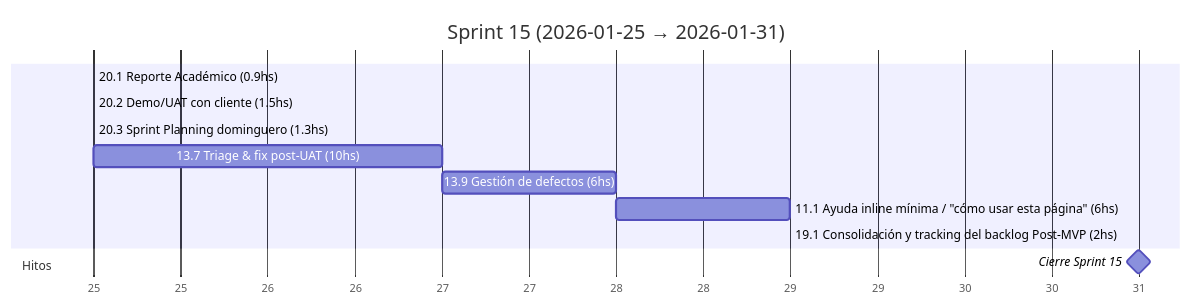
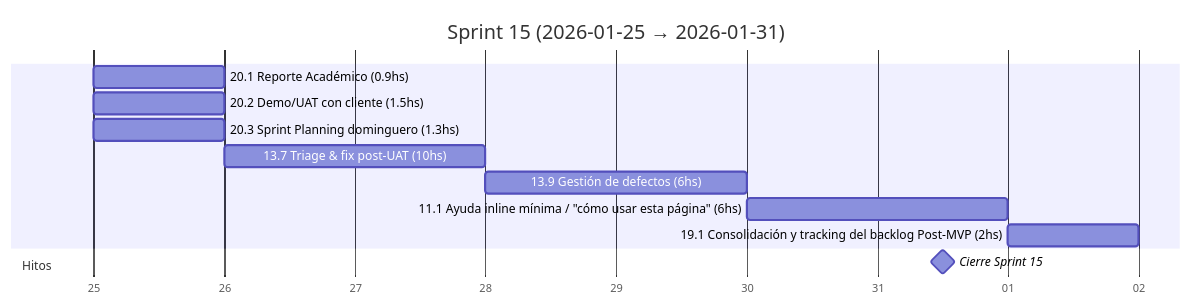
One commit to MarkMed/FleetMan changed diagram 16 of 18 in docs/SprintsGantts.md. Above: the diagram before and after it, drawn with Mermaid. The commit also changed other lines of this file, not shown here.

````diff
--- a/docs/SprintsGantts.md
+++ b/docs/SprintsGantts.md
@@ -388,19 +388,19 @@
 ```mermaid
 gantt
   title Sprint 15 (2026-01-25 → 2026-01-31)
   dateFormat  YYYY-MM-DD
   axisFormat  %d
 
   %% Asumimos 5 h/día. Horas estimadas incluidas en el nombre.
 
-  20.1 Reporte Académico (0.9hs)               :t201, 2026-01-25, 0.2d
-  20.2 Demo/UAT con cliente (1.5hs)            :t202, after t201, 0.3d
-  20.3 Sprint Planning dominguero (1.3hs)      :t203, after t202, 0.3d
+  20.1 Reporte Académico (0.9hs)               :t201, 2026-01-25, 1d
+  20.2 Demo/UAT con cliente (1.5hs)            :t202, 2026-01-25, 1d
+  20.3 Sprint Planning dominguero (1.3hs)      :t203, 2026-01-25, 1d
   13.7 Triage & fix post-UAT (10hs)            :t137, after t203, 2d
-  13.9 Gestión de defectos (6hs)               :t139, after t137, 1.2d
-  11.1 Ayuda inline mínima / "cómo usar esta página" (6hs) :t111, after t139, 1.2d
-  19.1 Consolidación y tracking del backlog Post-MVP (2hs) :t191, after t111, 0.4d
+  13.9 Gestión de defectos (6hs)               :t139, after t137, 2d
+  11.1 Ayuda inline mínima / "cómo usar esta página" (6hs) :t111, after t139, 2d
+  19.1 Consolidación y tracking del backlog Post-MVP (2hs) :t191, after t111, 1d
 
   section Hitos
-  Cierre Sprint 15                             :milestone, s15, 2026-01-31, 0d
+  Cierre Sprint 15                             :milestone, s15, 2026-01-31, 1d
 ```
````
